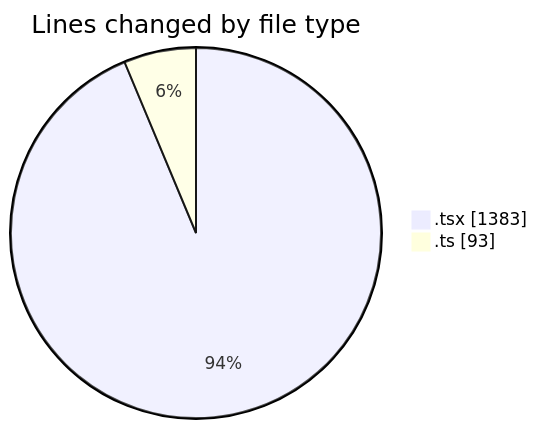
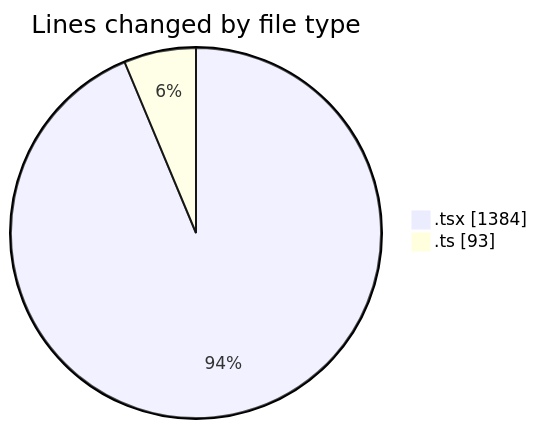
Before and after one commit to nxtqubesakshisongat/code-tracking: the first of 2 diagrams in 2026-02-04/nxtqube_webapp/README.md, drawn with Mermaid. The commit also changed other lines of this file and 1 other file, not shown here.

````diff
--- a/2026-02-04/nxtqube_webapp/README.md
+++ b/2026-02-04/nxtqube_webapp/README.md
@@ -21,6 +21,6 @@
 ```mermaid
 pie showData
 title Lines changed by file type
-".tsx" : 1383
+".tsx" : 1384
 ".ts" : 93
 ```
````
